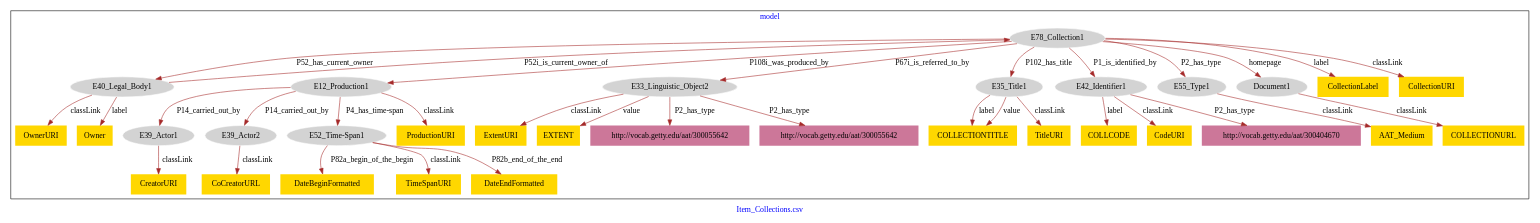
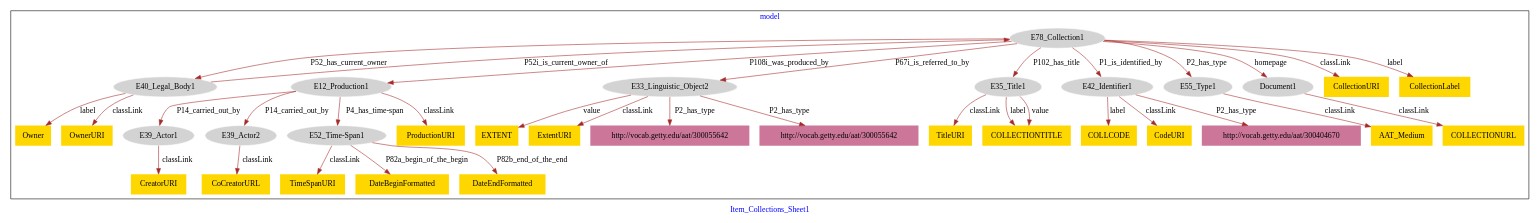
The diagram in Item_Collections/Item_Collection-model.dot (american-art/aaa), drawn with Graphviz before and after one commit.

Commit message:
Update file Item_Collection-model.dot

```diff
--- a/Item_Collections/Item_Collection-model.dot
+++ b/Item_Collections/Item_Collection-model.dot
@@ -1,73 +1,73 @@
 digraph n0 {
 fontcolor="blue"
 remincross="true"
-label="Item_Collections.csv"
+label="Item_Collections_Sheet1"
 subgraph cluster {
 label="model"
 n2[style="filled",color="white",fillcolor="lightgray",label="E12_Production1"];
 n3[style="filled",color="white",fillcolor="lightgray",label="E39_Actor1"];
 n4[style="filled",color="white",fillcolor="lightgray",label="E39_Actor2"];
 n5[style="filled",color="white",fillcolor="lightgray",label="E52_Time-Span1"];
 n6[style="filled",color="white",fillcolor="lightgray",label="E40_Legal_Body1"];
 n7[style="filled",color="white",fillcolor="lightgray",label="E78_Collection1"];
 n8[style="filled",color="white",fillcolor="lightgray",label="E33_Linguistic_Object2"];
 n9[style="filled",color="white",fillcolor="lightgray",label="E35_Title1"];
 n10[style="filled",color="white",fillcolor="lightgray",label="E42_Identifier1"];
 n11[style="filled",color="white",fillcolor="lightgray",label="E55_Type1"];
 n12[style="filled",color="white",fillcolor="lightgray",label="Document1"];
-n13[shape="plaintext",style="filled",fillcolor="gold",label="AAT_Medium"];
-n14[shape="plaintext",style="filled",fillcolor="gold",label="ExtentURI"];
-n15[shape="plaintext",style="filled",fillcolor="gold",label="COLLCODE"];
-n16[shape="plaintext",style="filled",fillcolor="gold",label="CodeURI"];
-n17[shape="plaintext",style="filled",fillcolor="gold",label="ProductionURI"];
-n18[shape="plaintext",style="filled",fillcolor="gold",label="CreatorURI"];
-n19[shape="plaintext",style="filled",fillcolor="gold",label="DateBeginFormatted"];
-n20[shape="plaintext",style="filled",fillcolor="gold",label="TimeSpanURI"];
-n21[shape="plaintext",style="filled",fillcolor="gold",label="EXTENT"];
-n22[shape="plaintext",style="filled",fillcolor="gold",label="OwnerURI"];
-n23[shape="plaintext",style="filled",fillcolor="gold",label="COLLECTIONTITLE"];
-n24[shape="plaintext",style="filled",fillcolor="gold",label="COLLECTIONURL"];
+n13[shape="plaintext",style="filled",fillcolor="gold",label="COLLCODE"];
+n14[shape="plaintext",style="filled",fillcolor="gold",label="CollectionURI"];
+n15[shape="plaintext",style="filled",fillcolor="gold",label="CodeURI"];
+n16[shape="plaintext",style="filled",fillcolor="gold",label="EXTENT"];
+n17[shape="plaintext",style="filled",fillcolor="gold",label="AAT_Medium"];
+n18[shape="plaintext",style="filled",fillcolor="gold",label="TimeSpanURI"];
+n19[shape="plaintext",style="filled",fillcolor="gold",label="Owner"];
+n20[shape="plaintext",style="filled",fillcolor="gold",label="DateBeginFormatted"];
+n21[shape="plaintext",style="filled",fillcolor="gold",label="CollectionLabel"];
+n22[shape="plaintext",style="filled",fillcolor="gold",label="CoCreatorURL"];
+n23[shape="plaintext",style="filled",fillcolor="gold",label="ProductionURI"];
+n24[shape="plaintext",style="filled",fillcolor="gold",label="OwnerURI"];
 n25[shape="plaintext",style="filled",fillcolor="gold",label="TitleURI"];
-n26[shape="plaintext",style="filled",fillcolor="gold",label="CollectionLabel"];
-n27[shape="plaintext",style="filled",fillcolor="gold",label="DateEndFormatted"];
-n28[shape="plaintext",style="filled",fillcolor="gold",label="CollectionURI"];
-n29[shape="plaintext",style="filled",fillcolor="gold",label="CoCreatorURL"];
-n30[shape="plaintext",style="filled",fillcolor="gold",label="Owner"];
+n26[shape="plaintext",style="filled",fillcolor="gold",label="DateEndFormatted"];
+n27[shape="plaintext",style="filled",fillcolor="gold",label="ExtentURI"];
+n28[shape="plaintext",style="filled",fillcolor="gold",label="CreatorURI"];
+n29[shape="plaintext",style="filled",fillcolor="gold",label="COLLECTIONTITLE"];
+n30[shape="plaintext",style="filled",fillcolor="gold",label="COLLECTIONURL"];
 n31[shape="plaintext",style="filled",fillcolor="#CC7799",label="http://vocab.getty.edu/aat/300055642"];
 n32[shape="plaintext",style="filled",fillcolor="#CC7799",label="http://vocab.getty.edu/aat/300055642"];
 n33[shape="plaintext",style="filled",fillcolor="#CC7799",label="http://vocab.getty.edu/aat/300404670"];
 }
 n2 -> n3[color="brown",fontcolor="black",label="P14_carried_out_by"]
 n2 -> n4[color="brown",fontcolor="black",label="P14_carried_out_by"]
 n2 -> n5[color="brown",fontcolor="black",label="P4_has_time-span"]
 n6 -> n7[color="brown",fontcolor="black",label="P52i_is_current_owner_of"]
 n7 -> n2[color="brown",fontcolor="black",label="P108i_was_produced_by"]
 n7 -> n8[color="brown",fontcolor="black",label="P67i_is_referred_to_by"]
 n7 -> n9[color="brown",fontcolor="black",label="P102_has_title"]
 n7 -> n10[color="brown",fontcolor="black",label="P1_is_identified_by"]
 n7 -> n11[color="brown",fontcolor="black",label="P2_has_type"]
 n7 -> n12[color="brown",fontcolor="black",label="homepage"]
-n11 -> n13[color="brown",fontcolor="black",label="classLink"]
-n8 -> n14[color="brown",fontcolor="black",label="classLink"]
-n10 -> n15[color="brown",fontcolor="black",label="label"]
-n10 -> n16[color="brown",fontcolor="black",label="classLink"]
-n2 -> n17[color="brown",fontcolor="black",label="classLink"]
-n3 -> n18[color="brown",fontcolor="black",label="classLink"]
-n5 -> n19[color="brown",fontcolor="black",label="P82a_begin_of_the_begin"]
-n5 -> n20[color="brown",fontcolor="black",label="classLink"]
-n8 -> n21[color="brown",fontcolor="black",label="value"]
-n6 -> n22[color="brown",fontcolor="black",label="classLink"]
-n9 -> n23[color="brown",fontcolor="black",label="label"]
-n12 -> n24[color="brown",fontcolor="black",label="classLink"]
+n10 -> n13[color="brown",fontcolor="black",label="label"]
+n7 -> n14[color="brown",fontcolor="black",label="classLink"]
+n10 -> n15[color="brown",fontcolor="black",label="classLink"]
+n8 -> n16[color="brown",fontcolor="black",label="value"]
+n11 -> n17[color="brown",fontcolor="black",label="classLink"]
+n5 -> n18[color="brown",fontcolor="black",label="classLink"]
+n6 -> n19[color="brown",fontcolor="black",label="label"]
+n5 -> n20[color="brown",fontcolor="black",label="P82a_begin_of_the_begin"]
+n7 -> n21[color="brown",fontcolor="black",label="label"]
+n4 -> n22[color="brown",fontcolor="black",label="classLink"]
+n2 -> n23[color="brown",fontcolor="black",label="classLink"]
+n6 -> n24[color="brown",fontcolor="black",label="classLink"]
 n9 -> n25[color="brown",fontcolor="black",label="classLink"]
-n7 -> n26[color="brown",fontcolor="black",label="label"]
-n5 -> n27[color="brown",fontcolor="black",label="P82b_end_of_the_end"]
-n7 -> n28[color="brown",fontcolor="black",label="classLink"]
-n4 -> n29[color="brown",fontcolor="black",label="classLink"]
-n6 -> n30[color="brown",fontcolor="black",label="label"]
+n5 -> n26[color="brown",fontcolor="black",label="P82b_end_of_the_end"]
+n8 -> n27[color="brown",fontcolor="black",label="classLink"]
+n3 -> n28[color="brown",fontcolor="black",label="classLink"]
+n9 -> n29[color="brown",fontcolor="black",label="label"]
+n12 -> n30[color="brown",fontcolor="black",label="classLink"]
 n7 -> n6[color="brown",fontcolor="black",label="P52_has_current_owner"]
-n9 -> n23[color="brown",fontcolor="black",label="value"]
+n9 -> n29[color="brown",fontcolor="black",label="value"]
 n8 -> n31[color="brown",fontcolor="black",label="P2_has_type"]
 n8 -> n32[color="brown",fontcolor="black",label="P2_has_type"]
 n10 -> n33[color="brown",fontcolor="black",label="P2_has_type"]
 }
```
